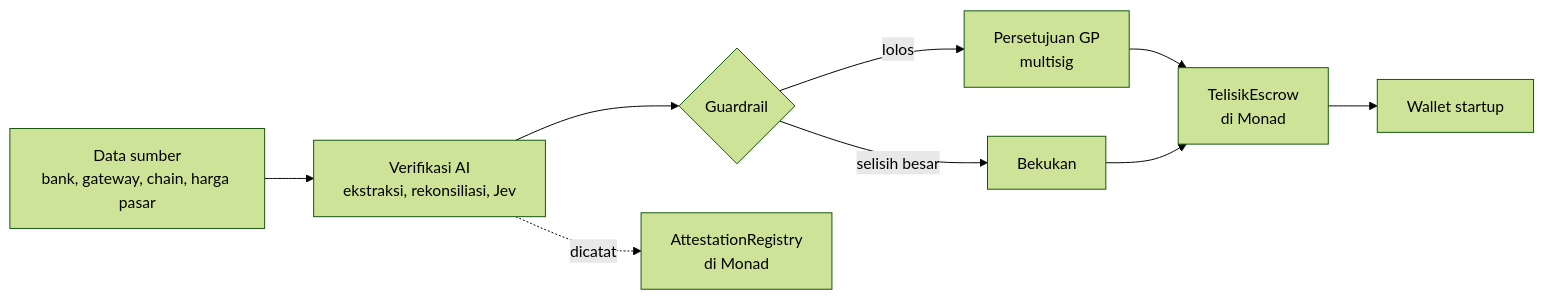
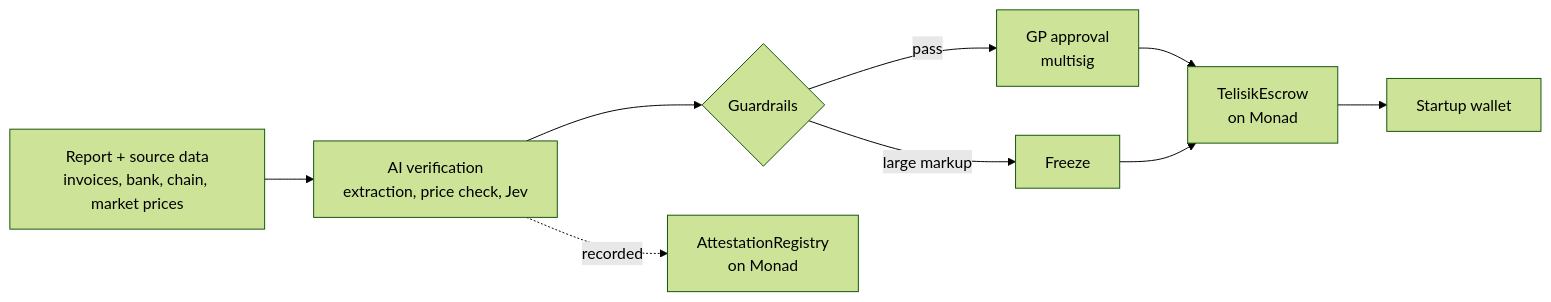
One commit to AndiArifAbdillah/telisik changed the diagram in README.md. Above: the diagram before and after it, drawn with Mermaid (forest theme). The commit also changed other lines of this file and 23 other files, not shown here.

````diff
--- a/README.md
+++ b/README.md
@@ -20,11 +25,11 @@
 ```mermaid
 flowchart LR
-    S["Data sumber<br/>bank, gateway, chain, harga pasar"] --> V["Verifikasi AI<br/>ekstraksi, rekonsiliasi, Jev"]
-    V --> G{"Guardrail"}
-    G -->|lolos| P["Persetujuan GP<br/>multisig"]
-    G -->|selisih besar| F["Bekukan"]
-    P --> E["TelisikEscrow<br/>di Monad"]
+    S["Report + source data<br/>invoices, bank, chain, market prices"] --> V["AI verification<br/>extraction, price check, Jev"]
+    V --> G{"Guardrails"}
+    G -->|pass| P["GP approval<br/>multisig"]
+    G -->|large markup| F["Freeze"]
+    P --> E["TelisikEscrow<br/>on Monad"]
     F --> E
-    E --> W["Wallet startup"]
-    V -. dicatat .-> R["AttestationRegistry<br/>di Monad"]
+    E --> W["Startup wallet"]
+    V -. recorded .-> R["AttestationRegistry<br/>on Monad"]
 ```
````
